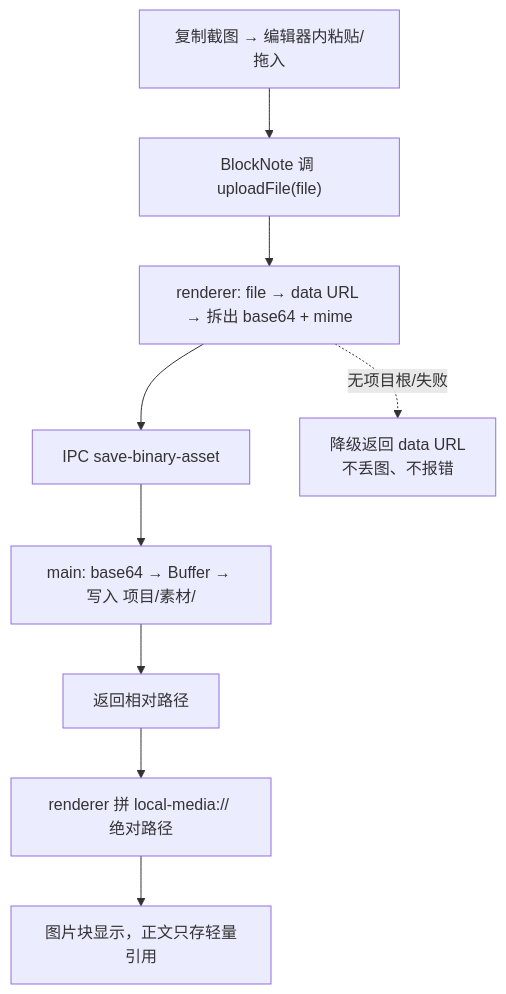
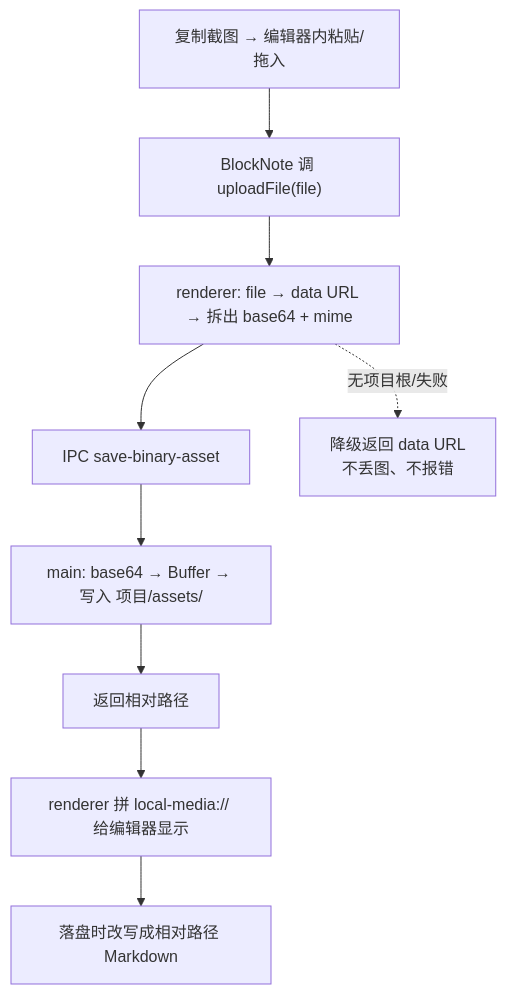
The diagram in .agents/skills/md-render-binary-asset/SKILL.md (Canace22/md-render), drawn with Mermaid before and after one commit. The commit also changed other lines of this file and 9 other files, not shown here.

Commit message:
update: add local media markdown support

````diff
--- a/.agents/skills/md-render-binary-asset/SKILL.md
+++ b/.agents/skills/md-render-binary-asset/SKILL.md
@@ -19,11 +19,11 @@
 ```mermaid
 flowchart TD
     A["复制截图 → 编辑器内粘贴/拖入"] --> B["BlockNote 调 uploadFile(file)"]
     B --> C["renderer: file → data URL → 拆出 base64 + mime"]
     C --> D["IPC save-binary-asset"]
-    D --> E["main: base64 → Buffer → 写入 项目/素材/"]
+    D --> E["main: base64 → Buffer → 写入 项目/assets/"]
     E --> F["返回相对路径"]
-    F --> G["renderer 拼 local-media:// 绝对路径"]
-    G --> H["图片块显示，正文只存轻量引用"]
+    F --> G["renderer 拼 local-media:// 给编辑器显示"]
+    G --> H["落盘时改写成相对路径 Markdown"]
     C -. 无项目根/失败 .-> Z["降级返回 data URL<br/>不丢图、不报错"]
 ```
````
